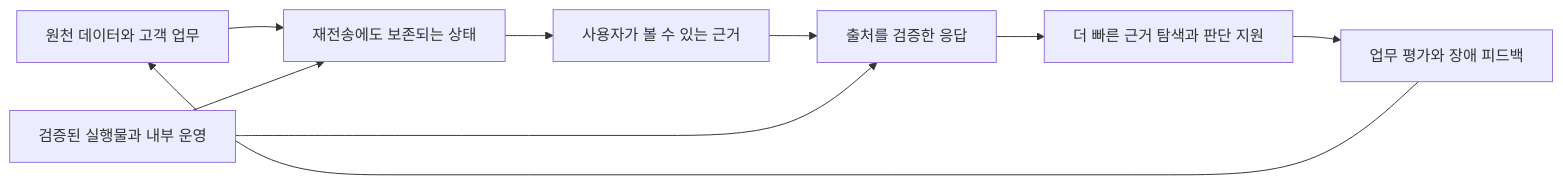
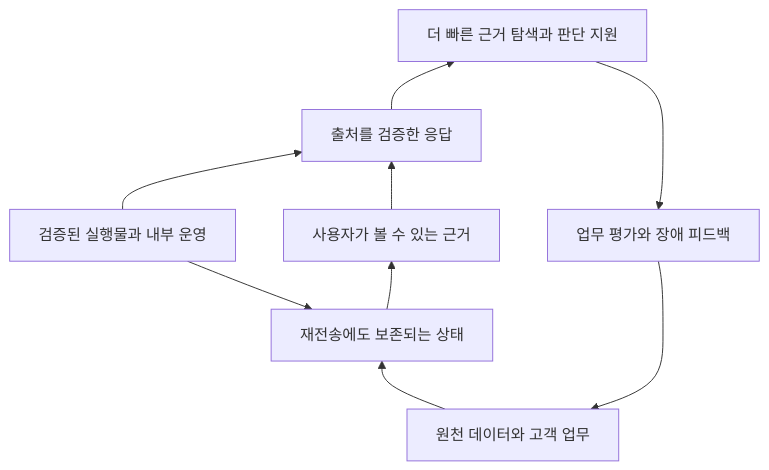
The diagram in assets/diagrams/frame-0-2.mmd (jay-jang/preparing-fde), drawn with Mermaid before and after one commit. The commit also changed 75 other files, not shown here.

```diff
--- a/assets/diagrams/frame-0-2.mmd
+++ b/assets/diagrams/frame-0-2.mmd
@@ -1,9 +1,14 @@
-flowchart LR
+flowchart BT
+  %% Bottom-up: customer outcome on top. Invisible links (~~~) pin the feedback node beside the chain
+  %% and the supply-chain node on the other side; their order decides the layout.
   S["원천 데이터와 고객 업무"] --> I["재전송에도 보존되는 상태"]
+  I ~~~ E["업무 평가와 장애 피드백"]
+  E --> S
+  G["출처를 검증한 응답"] --> U["더 빠른 근거 탐색과 판단 지원"]
   I --> R["사용자가 볼 수 있는 근거"]
-  R --> G["출처를 검증한 응답"]
-  G --> U["더 빠른 근거 탐색과 판단 지원"]
   D["검증된 실행물과 내부 운영"] --> I
   D --> G
-  U --> E["업무 평가와 장애 피드백"]
-  E --> S
+  R --> G
+  E ~~~ G
+  U --> E
+  I ~~~ D
```
